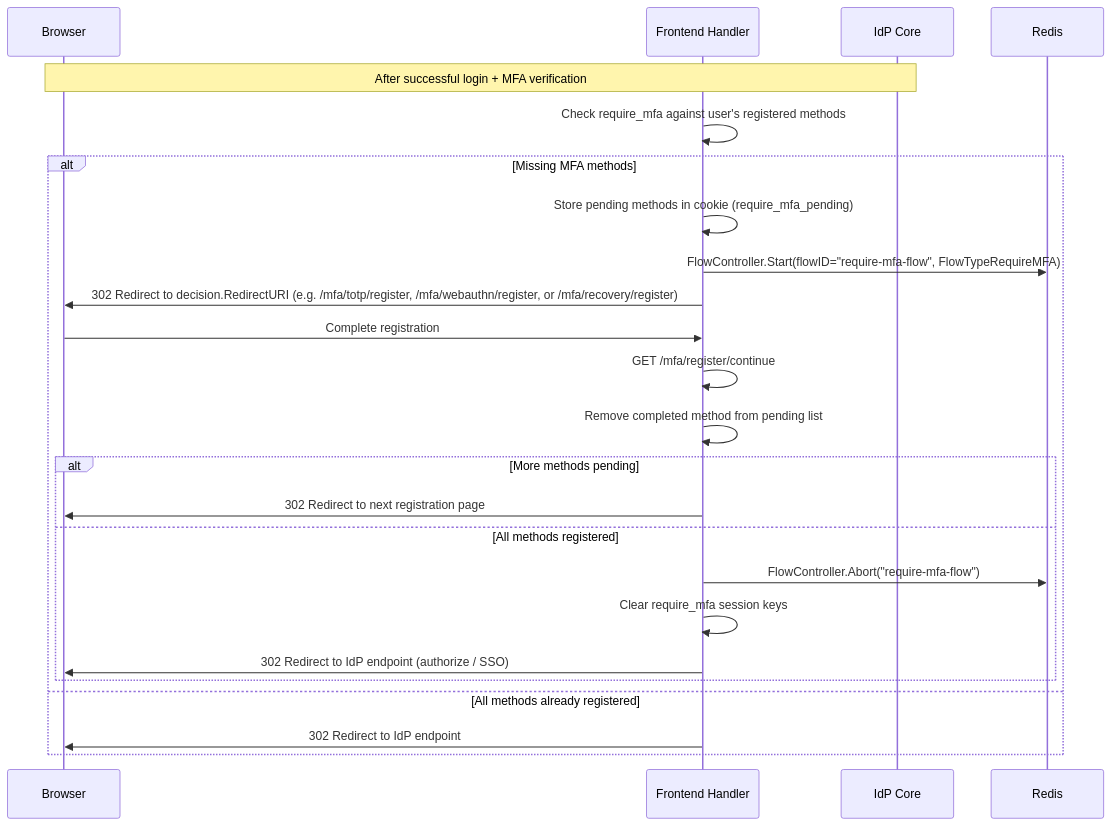
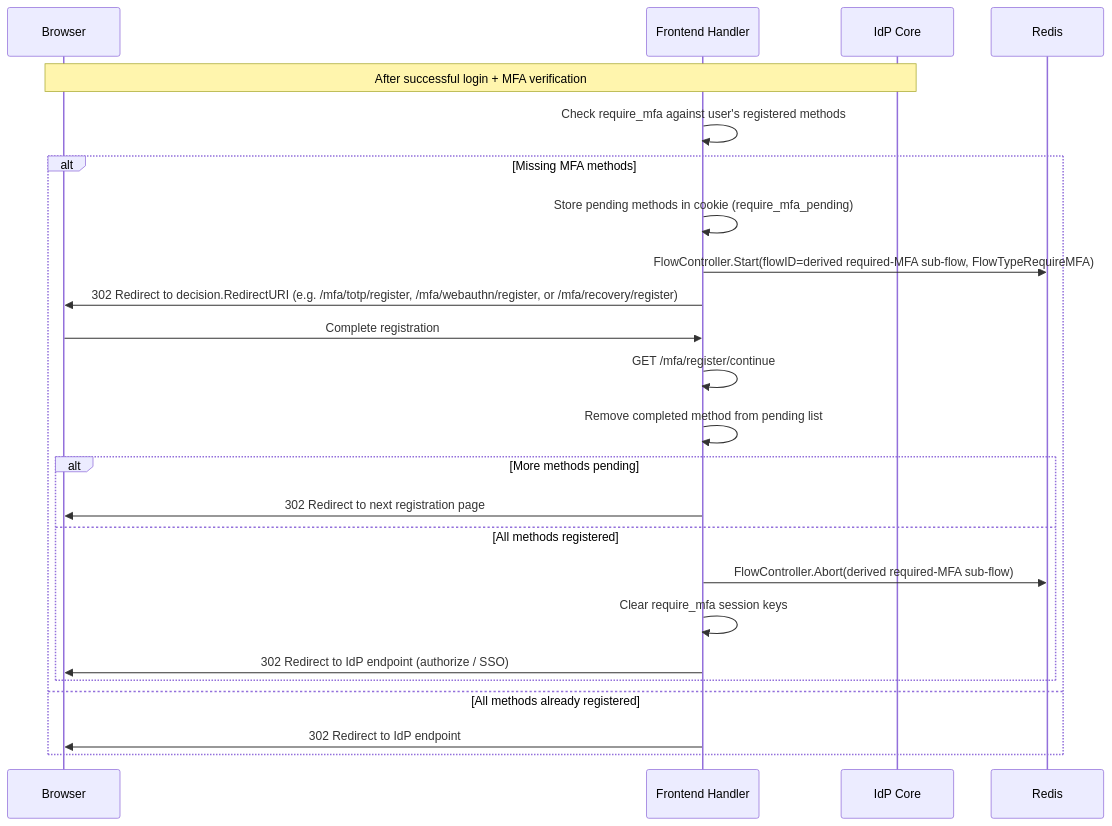
One commit to croessner/nauthilus changed the fifth of 9 diagrams in server/docs/idp.md. Above: the diagram before and after it, drawn with Mermaid. The commit also changed other lines of this file and 52 other files, not shown here.

````diff
--- a/server/docs/idp.md
+++ b/server/docs/idp.md
@@ -796,26 +799,26 @@
 ```mermaid
 sequenceDiagram
     participant B as Browser
     participant F as Frontend Handler
     participant I as IdP Core
     participant R as Redis
     Note over B, I: After successful login + MFA verification
     F ->> F: Check require_mfa against user's registered methods
     alt Missing MFA methods
         F ->> F: Store pending methods in cookie (require_mfa_pending)
-        F ->> R: FlowController.Start(flowID="require-mfa-flow", FlowTypeRequireMFA)
+        F ->> R: FlowController.Start(flowID=derived required-MFA sub-flow, FlowTypeRequireMFA)
         F ->> B: 302 Redirect to decision.RedirectURI (e.g. /mfa/totp/register, /mfa/webauthn/register, or /mfa/recovery/register)
         B ->> F: Complete registration
         F ->> F: GET /mfa/register/continue
         F ->> F: Remove completed method from pending list
         alt More methods pending
             F ->> B: 302 Redirect to next registration page
         else All methods registered
-            F ->> R: FlowController.Abort("require-mfa-flow")
+            F ->> R: FlowController.Abort(derived required-MFA sub-flow)
             F ->> F: Clear require_mfa session keys
             F ->> B: 302 Redirect to IdP endpoint (authorize / SSO)
         end
     else All methods already registered
         F ->> B: 302 Redirect to IdP endpoint
     end
 ```
````
